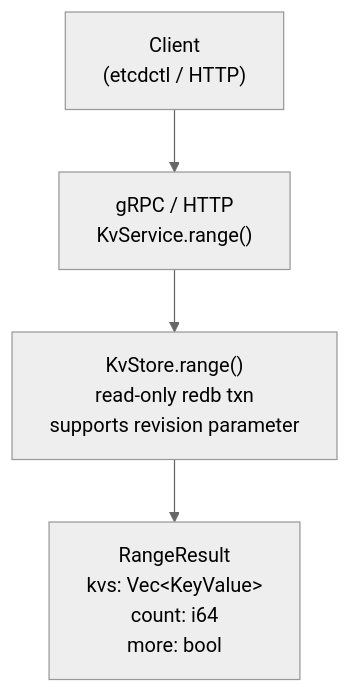
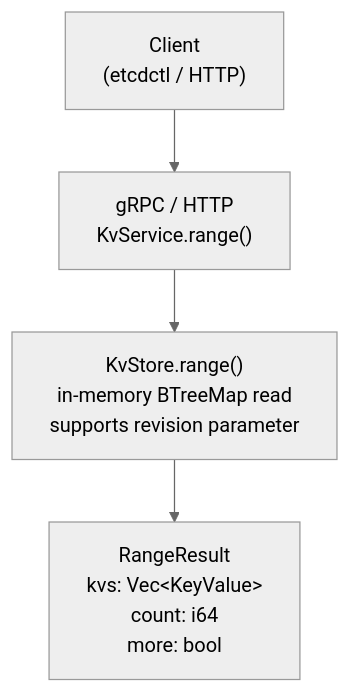
Before and after one commit to alexandernicholson/barkeeper: the fourth of 9 diagrams in docs/architecture.md, drawn with Mermaid (neutral theme). The commit also changed other lines of this file and 5 other files, not shown here.

First line of the commit message:
docs: update all documentation for in-memory KV store architecture

````diff
--- a/docs/architecture.md
+++ b/docs/architecture.md
@@ -131,7 +131,7 @@
 ```mermaid
 graph TD
     Client["Client<br>(etcdctl / HTTP)"]
     Client --> Service["gRPC / HTTP<br>KvService.range()"]
-    Service --> KV["KvStore.range()<br>read-only redb txn<br>supports revision parameter"]
+    Service --> KV["KvStore.range()<br>in-memory BTreeMap read<br>supports revision parameter"]
     KV --> Result["RangeResult<br>kvs: Vec&lt;KeyValue&gt;<br>count: i64<br>more: bool"]
 ```
````
